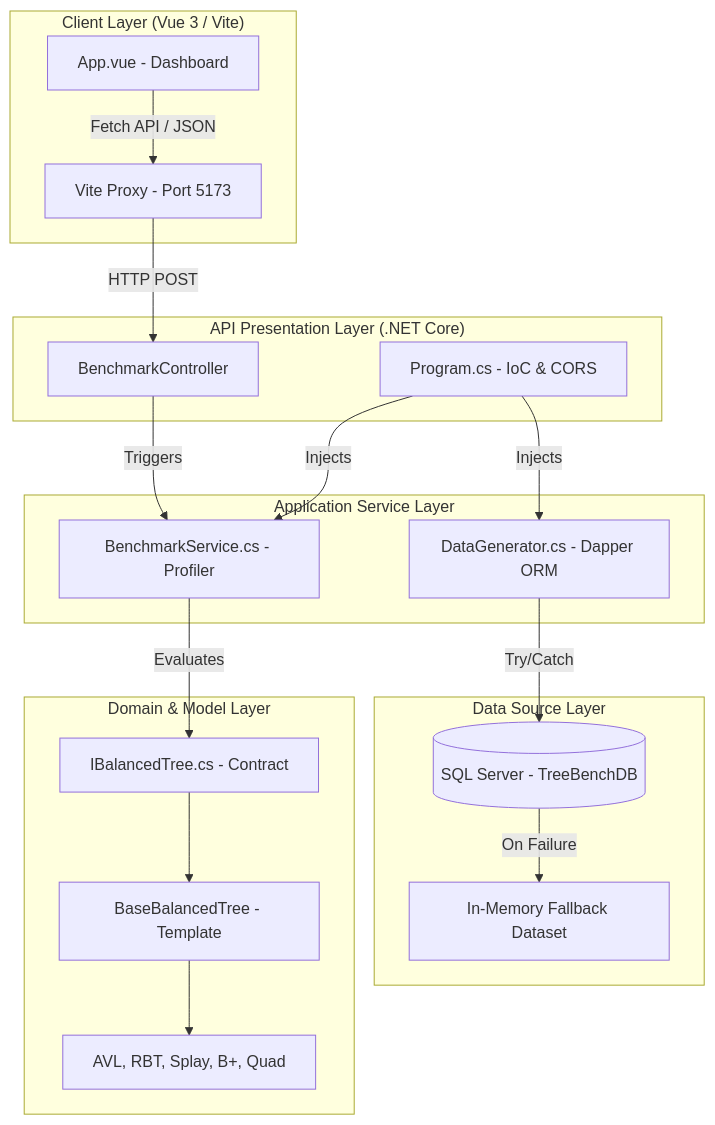
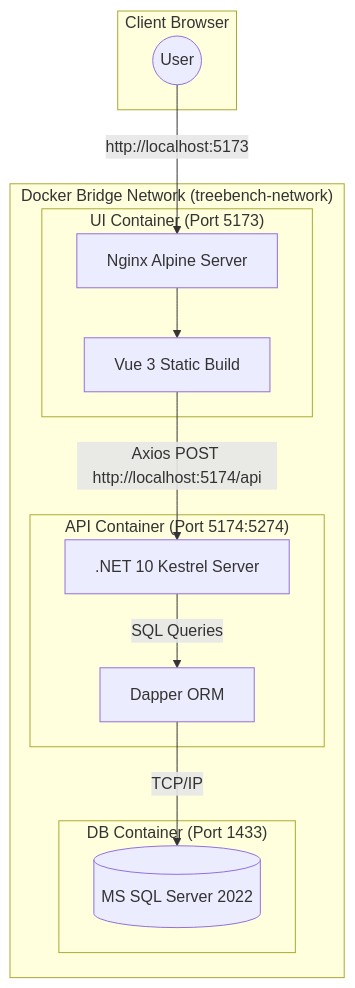
One commit to EgeSul/TreeBench.BR changed the first of 2 diagrams in README.md. Above: the diagram before and after it, drawn with Mermaid. The commit also changed other lines of this file, not shown here.

First line of the commit message:
Revise README for TreeBench v3.0.0 updates

````diff
--- a/README.md
+++ b/README.md
@@ -89,41 +76,29 @@
-``` mermaid
+```mermaid
 
 graph TD
-    subgraph ClientLayer ["Client Layer (Vue 3 / Vite)"]
-        UI[App.vue - Dashboard]
-        Proxy[Vite Proxy - Port 5173]
+    subgraph Browser ["Client Browser"]
+        User((User))
     end
 
-    subgraph APILayer ["API Presentation Layer (.NET Core)"]
-        API[BenchmarkController]
-        Boot[Program.cs - IoC & CORS]
-    end
-    
-    subgraph AppService ["Application Service Layer"]
-        B[BenchmarkService.cs - Profiler]
-        C[DataGenerator.cs - Dapper ORM]
-    end
-    
-    subgraph DomainLayer ["Domain & Model Layer"]
-        D[IBalancedTree.cs - Contract]
-        Base[BaseBalancedTree - Template]
-        Trees[AVL, RBT, Splay, B+, Quad]
-    end
-    
-    subgraph DataSource ["Data Source Layer"]
-        H[(SQL Server - TreeBenchDB)]
-        FB[In-Memory Fallback Dataset]
+    subgraph DockerNetwork ["Docker Bridge Network (treebench-network)"]
+        subgraph UIContainer ["UI Container (Port 5173)"]
+            Nginx[Nginx Alpine Server]
+            Vue[Vue 3 Static Build]
+        end
+
+        subgraph APIContainer ["API Container (Port 5174:5274)"]
+            NET[.NET 10 Kestrel Server]
+            Dapper[Dapper ORM]
+        end
+
+        subgraph DBContainer ["DB Container (Port 1433)"]
+            SQL[(MS SQL Server 2022)]
+        end
     end
 
-    UI -->|Fetch API / JSON| Proxy
-    Proxy -->|HTTP POST| API
-    API -->|Triggers| B
-    Boot -->|Injects| B
-    Boot -->|Injects| C
-    C -->|Try/Catch| H
-    H -->|On Failure| FB
-    B -->|Evaluates| D
-    D --> Base
-    Base --> Trees
-
+    User -->|http://localhost:5173| Nginx
+    Nginx --> Vue
+    Vue -->|Axios POST http://localhost:5174/api| NET
+    NET -->|SQL Queries| Dapper
+    Dapper -->|TCP/IP| SQL
 ```
````
